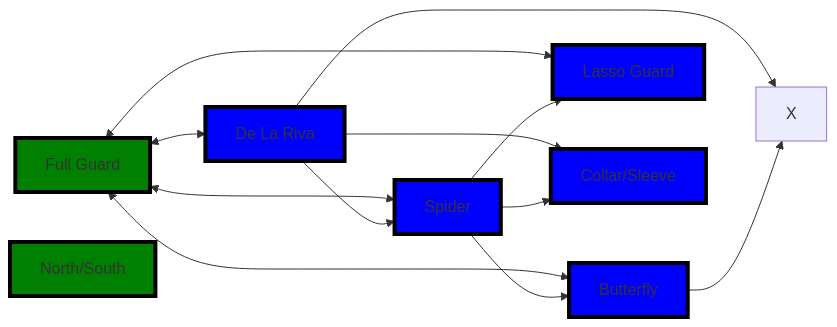
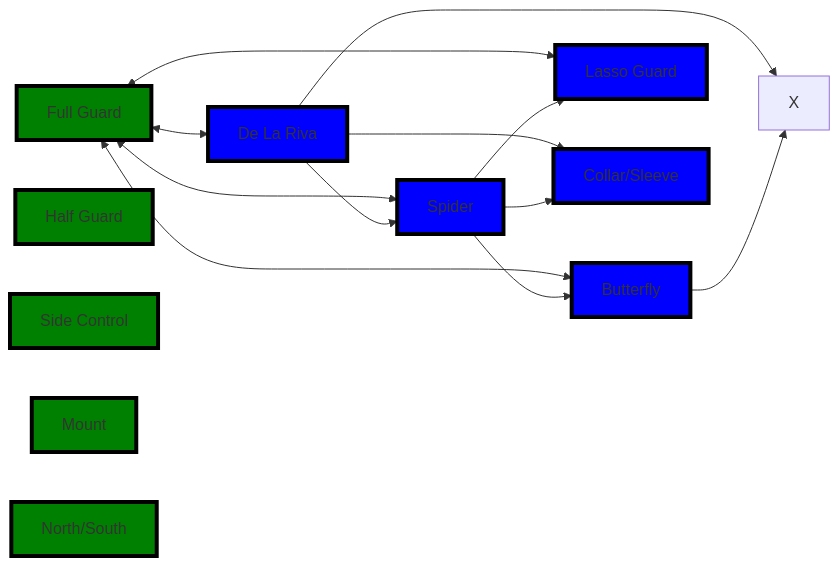
The diagram in _BJJ/Guards Directory.md (jacgit18/DevHiveMind), drawn with Mermaid before and after one commit. The commit also changed other lines of this file, not shown here.

````diff
--- a/_BJJ/Guards Directory.md
+++ b/_BJJ/Guards Directory.md
@@ -18,41 +18,47 @@
 ``` mermaid
 flowchart LR
     A[Full Guard] 
     B[De La Riva] 
     C[Spider]
     D[Butterfly]
     E[Lasso Guard]
     F[X]
 	G[Collar/Sleeve]
 	H[Half Guard] 
-	H[Side Control] 
-	H[Mount] 
-	H[North/South] 
+	I[Side Control] 
+	J[Mount] 
+	K[North/South] 
 	
     A <--> B
     A <--> C
     A <--> D
     A <--> E
     B --> C
     B --> F
     B --> G
     C --> D
     C --> E
     C --> G
 	D --> F
 
 style A fill:green,stroke:black,stroke-width:4px,shadow:shadow
 
 style B fill:blue,stroke:black,stroke-width:4px,shadow:shadow
 
 style C fill:blue,stroke:black,stroke-width:4px,shadow:shadow
 
 style D fill:blue,stroke:black,stroke-width:4px,shadow:shadow
 
 style E fill:blue,stroke:black,stroke-width:4px,shadow:shadow
 
 style G fill:blue,stroke:black,stroke-width:4px,shadow:shadow
 
 style H fill:green,stroke:black,stroke-width:4px,shadow:shadow
 
+style I fill:green,stroke:black,stroke-width:4px,shadow:shadow
+
+style J fill:green,stroke:black,stroke-width:4px,shadow:shadow
+
+style K fill:green,stroke:black,stroke-width:4px,shadow:shadow
+
 ```
````
